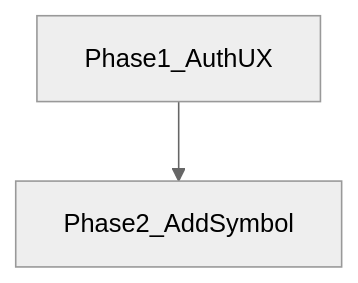
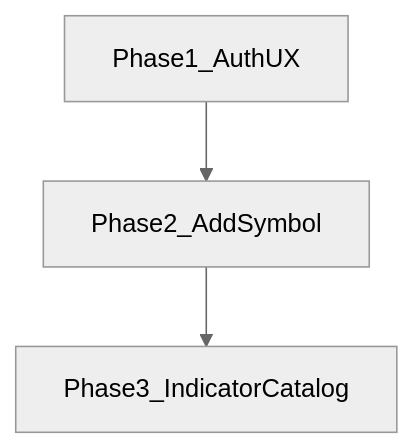
One commit to KenichiroArai/market-platform changed the diagram in docs/roadmap/v0/v0.2/v0.2.0.md. Above: the diagram before and after it, drawn with Mermaid (neutral theme). The commit also changed other lines of this file and 35 other files, not shown here.

````diff
--- a/docs/roadmap/v0/v0.2/v0.2.0.md
+++ b/docs/roadmap/v0/v0.2/v0.2.0.md
@@ -5,6 +5,7 @@
 ```mermaid
 flowchart TB
   p1[Phase1_AuthUX]
   p2[Phase2_AddSymbol]
-  p1 --> p2
+  p3[Phase3_IndicatorCatalog]
+  p1 --> p2 --> p3
 ```
````
